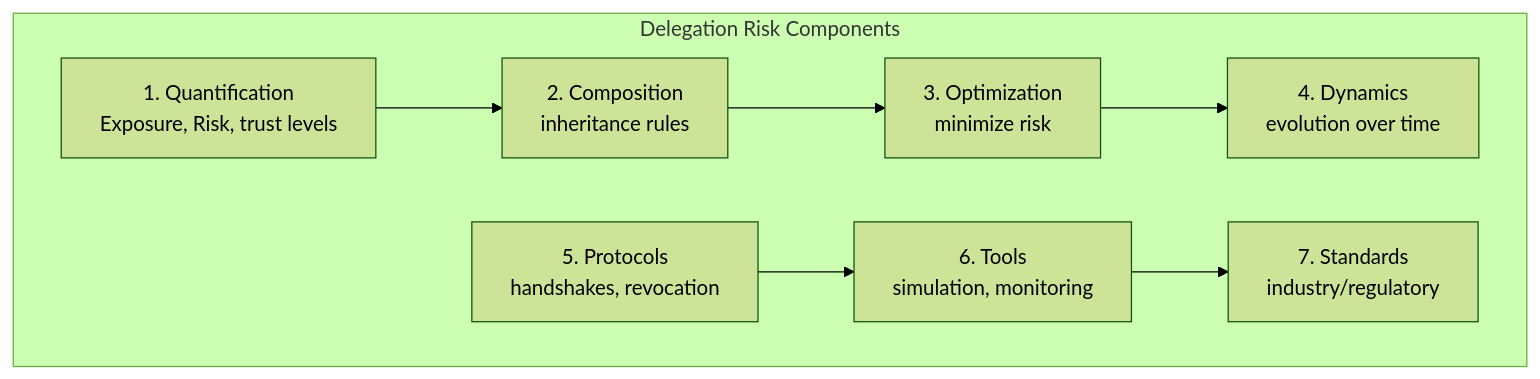
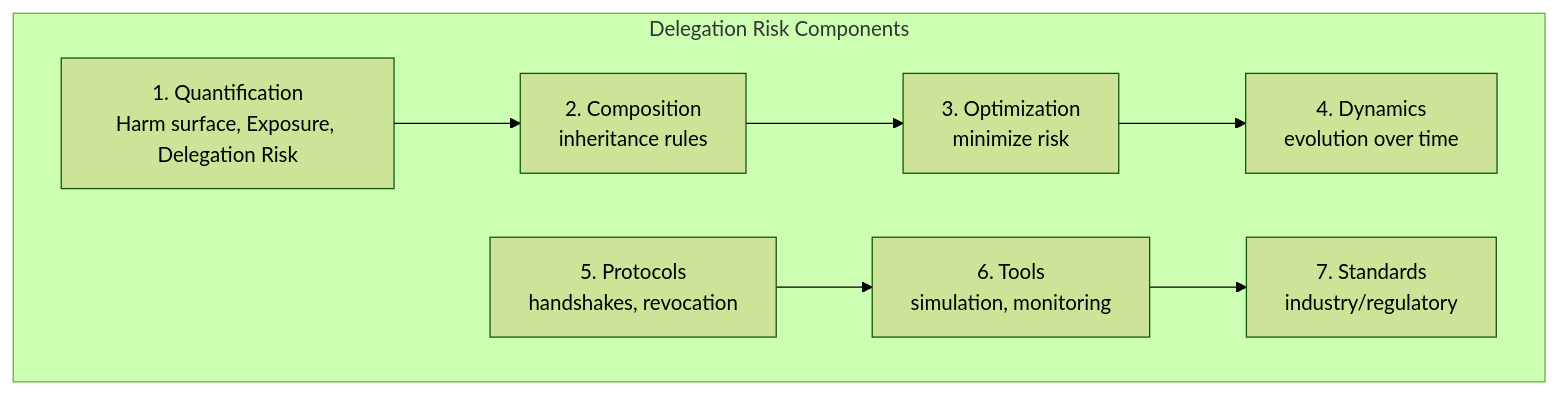
The first of 3 diagrams in apps/delegation-risk/src/content/docs/delegation-risk/overview.md (quantified-uncertainty/cairn), drawn with Mermaid (forest theme) before and after one commit. The commit also changed other lines of this file and 24 other files, not shown here.

````diff
--- a/apps/delegation-risk/src/content/docs/delegation-risk/overview.md
+++ b/apps/delegation-risk/src/content/docs/delegation-risk/overview.md
@@ -17,14 +17,14 @@
 ```mermaid
 flowchart TB
     subgraph "Delegation Risk Components"
-        Q[1. Quantification<br/>Exposure, Risk, trust levels]
+        Q[1. Quantification<br/>Harm surface, Exposure, Delegation Risk]
         C[2. Composition<br/>inheritance rules]
         O[3. Optimization<br/>minimize risk]
         D[4. Dynamics<br/>evolution over time]
         P[5. Protocols<br/>handshakes, revocation]
         T[6. Tools<br/>simulation, monitoring]
         S[7. Standards<br/>industry/regulatory]
     end
     Q --> C --> O --> D
     P --> T --> S
 ```
````
